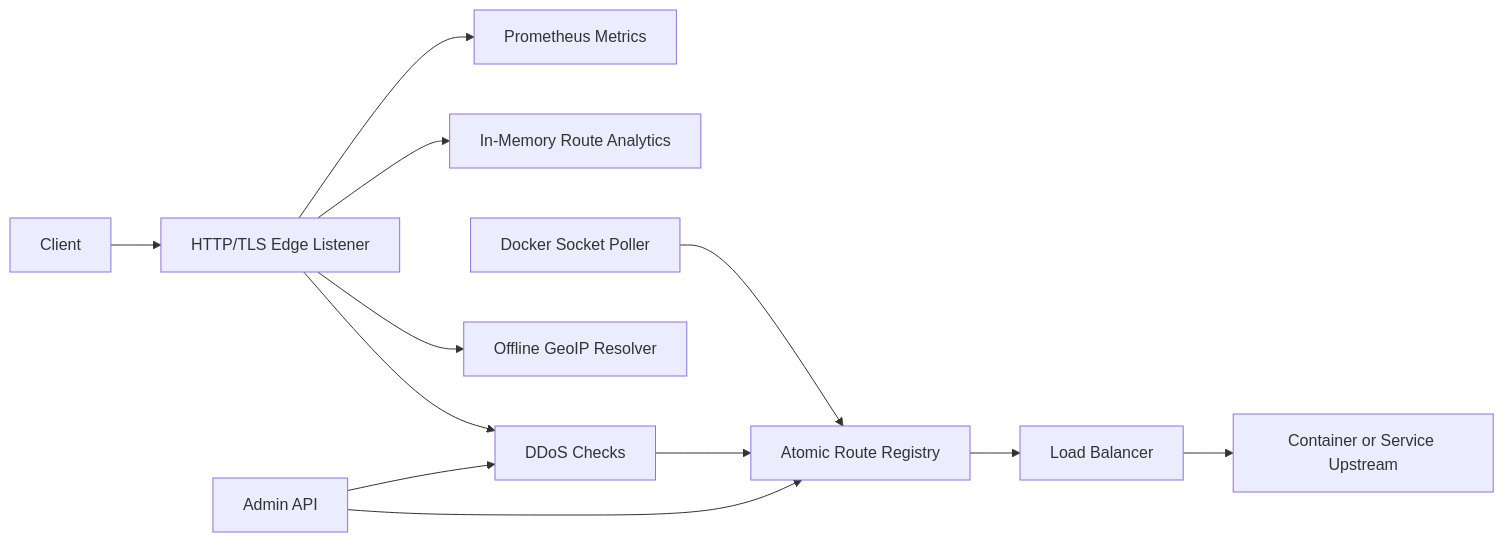
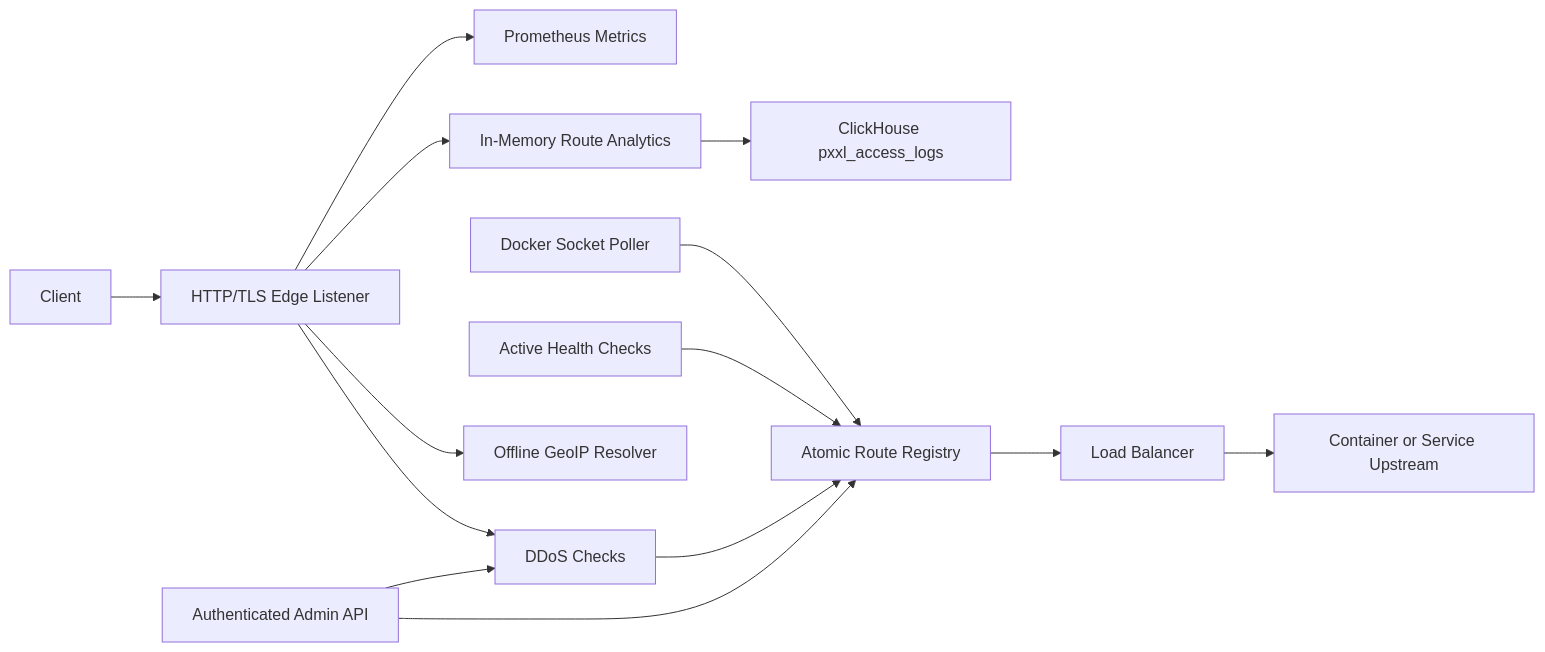
The diagram in docs/architecture.md (ikwerre-dev/Pxxl-Proxy-System), drawn with Mermaid before and after one commit. The commit also changed other lines of this file, not shown here.

First line of the commit message:
docs(architecture): clarify request hot path, control plane, and analytics flow

````diff
--- a/docs/architecture.md
+++ b/docs/architecture.md
@@ -5,14 +5,16 @@
 ```mermaid
 flowchart LR
   Client["Client"] --> Edge["HTTP/TLS Edge Listener"]
   Edge --> Security["DDoS Checks"]
   Edge --> GeoIP["Offline GeoIP Resolver"]
   Security --> Router["Atomic Route Registry"]
   Router --> LB["Load Balancer"]
   LB --> Upstream["Container or Service Upstream"]
   Docker["Docker Socket Poller"] --> Router
-  Admin["Admin API"] --> Router
+  Health["Active Health Checks"] --> Router
+  Admin["Authenticated Admin API"] --> Router
   Admin --> Security
   Edge --> Analytics["In-Memory Route Analytics"]
+  Analytics --> ClickHouse["ClickHouse pxxl_access_logs"]
   Edge --> Metrics["Prometheus Metrics"]
 ```
````
